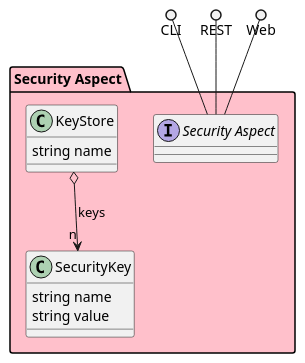
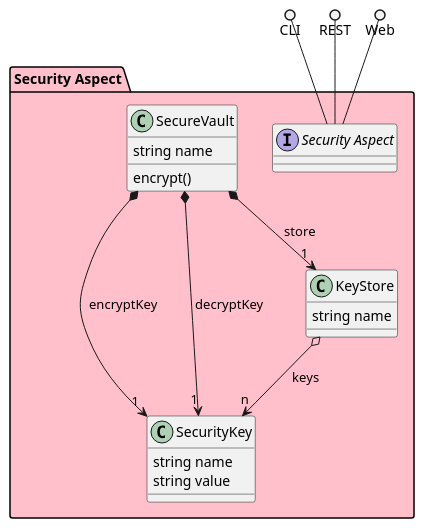
The diagram in docs/sabr/sa/logical.puml (madajaju/sabr), drawn with PlantUML before and after one commit. The commit also changed 440 other files, not shown here.

```diff
--- a/docs/sabr/sa/logical.puml
+++ b/docs/sabr/sa/logical.puml
@@ -1,40 +1,52 @@
 @startuml
 
 
 package "Security Aspect" #pink {
     
         class SecurityKey {
+        }
+    
+        class KeyStore {
         }
     }
 
 
 package "Security Aspect" #pink {
 
     interface "Security Aspect" as i {
     
     }
 }
 
 CLI ()-- i
 REST ()-- i
 Web ()-- i
 
 package "Security Aspect" #pink {
         class "KeyStore" {
                  string name
                     }
                 KeyStore o--> "n" SecurityKey : keys
             
     
+    class "SecureVault" {
+                 string name
+                             encrypt()
+            }
+                SecureVault *--> "1" SecurityKey : encryptKey
+                        SecureVault *--> "1" SecurityKey : decryptKey
+                        SecureVault *--> "1" KeyStore : store
+            
+    
     class "SecurityKey" {
                  string name
                  string value
                     }
     
     
 
 }
 
 
 
 @enduml
```
